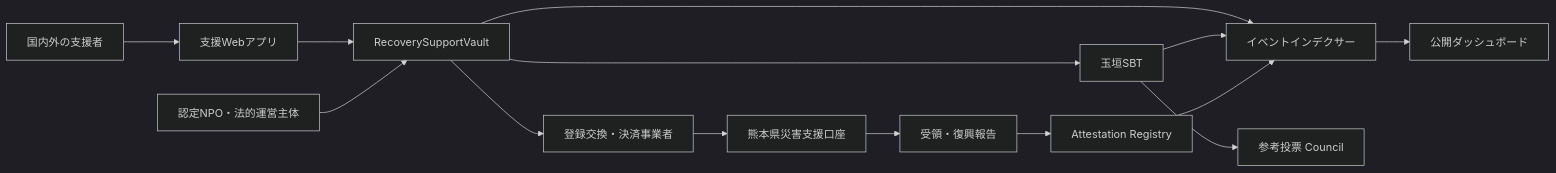
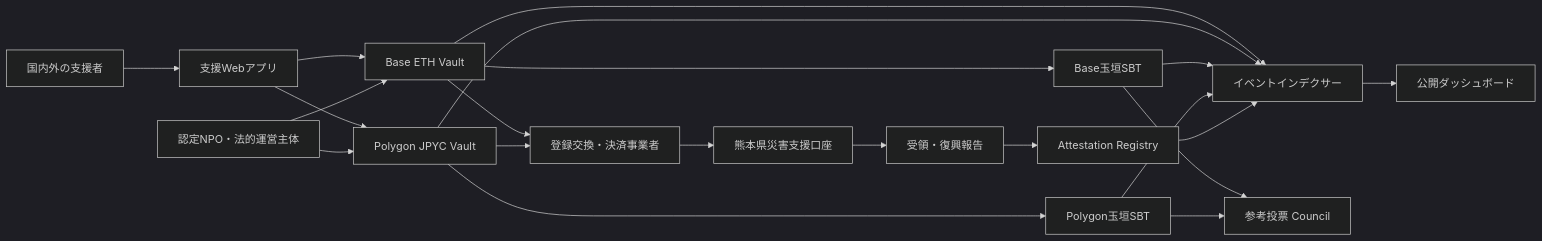
The first of 5 diagrams in docs/architecture.md (ShigeichiroYamasaki/yui-no-kaki-kumamoto), drawn with Mermaid (dark theme) before and after one commit. The commit also changed other lines of this file and 38 other files, not shown here.

Commit message:
Implement Base ETH and Polygon JPYC production split

````diff
--- a/docs/architecture.md
+++ b/docs/architecture.md
@@ -5,16 +5,23 @@
 ```mermaid
 flowchart LR
   S[国内外の支援者] --> W[支援Webアプリ]
-  W --> V[RecoverySupportVault]
-  N["認定NPO・法的運営主体"] --> V
-  V --> T[玉垣SBT]
-  V --> X[登録交換・決済事業者]
+  W --> BV[Base ETH Vault]
+  W --> PV[Polygon JPYC Vault]
+  N["認定NPO・法的運営主体"] --> BV
+  N --> PV
+  BV --> BT[Base玉垣SBT]
+  PV --> PT[Polygon玉垣SBT]
+  BV --> X[登録交換・決済事業者]
+  PV --> X
   X --> K[熊本県災害支援口座]
   K --> A[受領・復興報告]
   A --> R[Attestation Registry]
-  V --> I[イベントインデクサー]
-  T --> I
+  BV --> I[イベントインデクサー]
+  PV --> I
+  BT --> I
+  PT --> I
   R --> I
   I --> D[公開ダッシュボード]
-  T --> C[参考投票 Council]
+  BT --> C[参考投票 Council]
+  PT --> C
 ```
````
